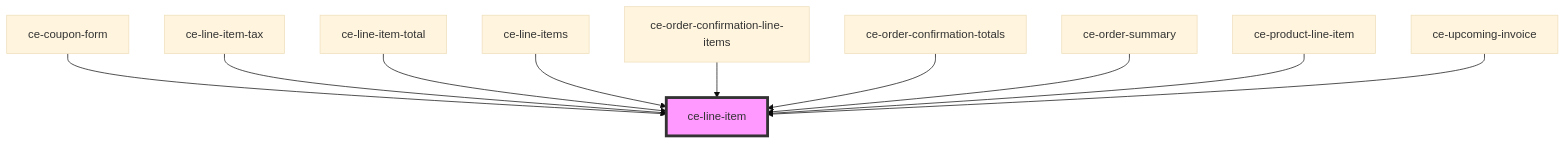
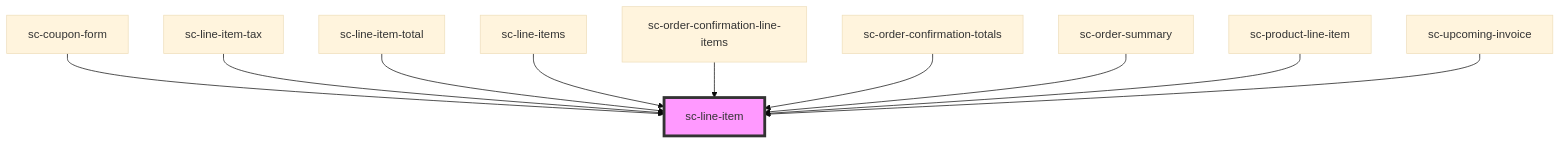
One commit to surecart/surecart-wp-plugin changed the diagram in packages/components/src/components/ui/line-item/readme.md. Above: the diagram before and after it, drawn with Mermaid (base theme). The commit also changed other lines of this file and 1281 other files, not shown here.

````diff
--- a/packages/components/src/components/ui/line-item/readme.md
+++ b/packages/components/src/components/ui/line-item/readme.md
@@ -53,13 +53,13 @@
 ```mermaid
 graph TD;
-  ce-coupon-form --> ce-line-item
-  ce-line-item-tax --> ce-line-item
-  ce-line-item-total --> ce-line-item
-  ce-line-items --> ce-line-item
-  ce-order-confirmation-line-items --> ce-line-item
-  ce-order-confirmation-totals --> ce-line-item
-  ce-order-summary --> ce-line-item
-  ce-product-line-item --> ce-line-item
-  ce-upcoming-invoice --> ce-line-item
-  style ce-line-item fill:#f9f,stroke:#333,stroke-width:4px
+  sc-coupon-form --> sc-line-item
+  sc-line-item-tax --> sc-line-item
+  sc-line-item-total --> sc-line-item
+  sc-line-items --> sc-line-item
+  sc-order-confirmation-line-items --> sc-line-item
+  sc-order-confirmation-totals --> sc-line-item
+  sc-order-summary --> sc-line-item
+  sc-product-line-item --> sc-line-item
+  sc-upcoming-invoice --> sc-line-item
+  style sc-line-item fill:#f9f,stroke:#333,stroke-width:4px
 ```
````
